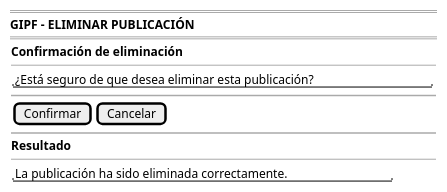
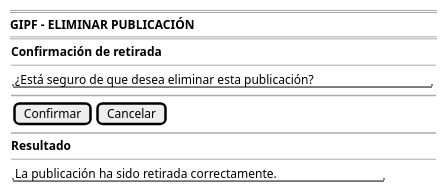
The diagram in modelosUML/RUP/00-casos-uso/02-detalle/prototipado/coordinador/eliminarPublicacion/eliminarPublicacion.puml (beatriizorozco/25-26-idsw2-sdVC), drawn with PlantUML before and after one commit. The commit also changed 98 other files, not shown here.

```diff
--- a/modelosUML/RUP/00-casos-uso/02-detalle/prototipado/coordinador/eliminarPublicacion/eliminarPublicacion.puml
+++ b/modelosUML/RUP/00-casos-uso/02-detalle/prototipado/coordinador/eliminarPublicacion/eliminarPublicacion.puml
@@ -1,26 +1,26 @@
 @startsalt eliminarPublicacion-wireframe
 {
     ====
     <b>GIPF - ELIMINAR PUBLICACIÓN</b>
     ====
     {
-        <b>Confirmación de eliminación</b>
+        <b>Confirmación de retirada</b>
         --
         {
             "¿Está seguro de que desea eliminar esta publicación?"
         }
 
         ~~
 
         {[Confirmar] | [Cancelar]}
 
         ~~
 
         <b>Resultado</b>
         --
         {
-            "La publicación ha sido eliminada correctamente."
+            "La publicación ha sido retirada correctamente."
         }
     }
 }
 @endsalt
```
